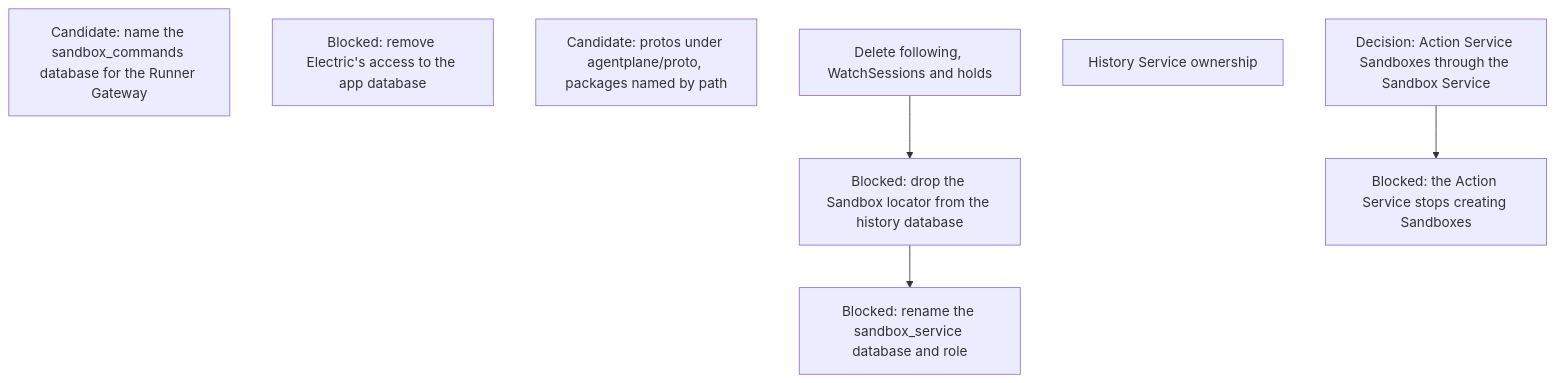
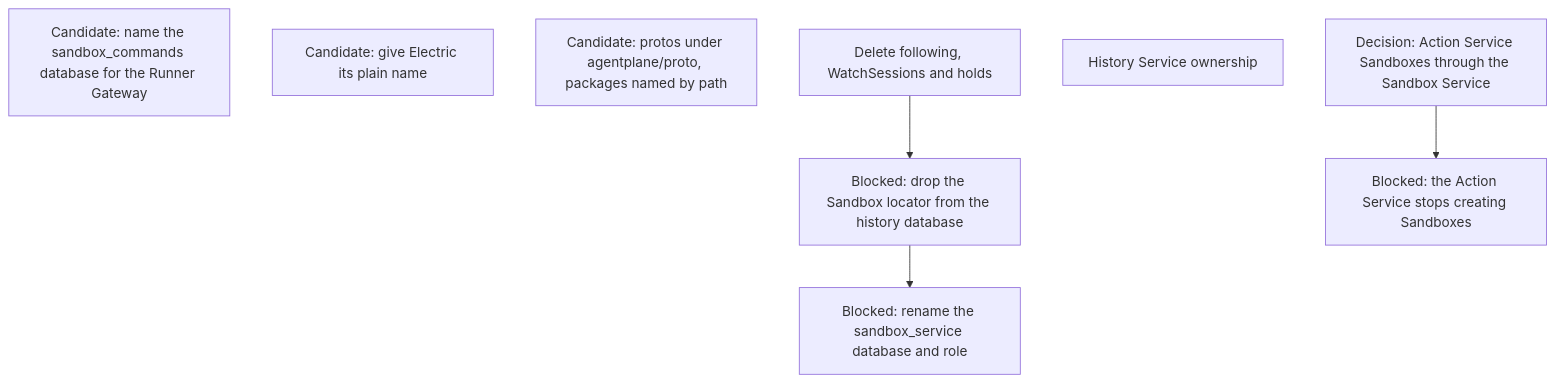
One commit to agentydragon/ducktape changed the tenth of 13 diagrams in agentplane/plans/task_dag.md. Above: the diagram before and after it, drawn with Mermaid. The commit also changed other lines of this file and 5 other files, not shown here.

First line of the commit message:
agentplane/app: stop publishing the app fold to Electric (#9839)

````diff
--- a/agentplane/plans/task_dag.md
+++ b/agentplane/plans/task_dag.md
@@ -726,14 +726,14 @@
 ```mermaid
 flowchart TD
     HISTORY_SANDBOX_LOCATOR_DROP[Blocked: drop the Sandbox locator from the history database]
     HISTORY_DATABASE_RENAME[Blocked: rename the sandbox_service database and role]
     SANDBOX_DATABASE_RENAME[Candidate: name the sandbox_commands database for the Runner Gateway]
-    APP_ELECTRIC_RETIRE[Blocked: remove Electric's access to the app database]
+    ELECTRIC_DEPLOYMENT_RENAME[Candidate: give Electric its plain name]
     PROTO_DIRECTORY[Candidate: protos under agentplane/proto, packages named by path]
     ACTION_SANDBOX_DESIGN[Decision: Action Service Sandboxes through the Sandbox Service]
     ACTION_SANDBOX_PROVISIONING[Blocked: the Action Service stops creating Sandboxes]
     ACTION_SANDBOX_DESIGN --> ACTION_SANDBOX_PROVISIONING
     HISTORY_SERVICE_OWNERSHIP[History Service ownership]
     FOLLOW_PATH_RETIRE[Delete following, WatchSessions and holds] --> HISTORY_SANDBOX_LOCATOR_DROP
     HISTORY_SANDBOX_LOCATOR_DROP --> HISTORY_DATABASE_RENAME
 ```
````
